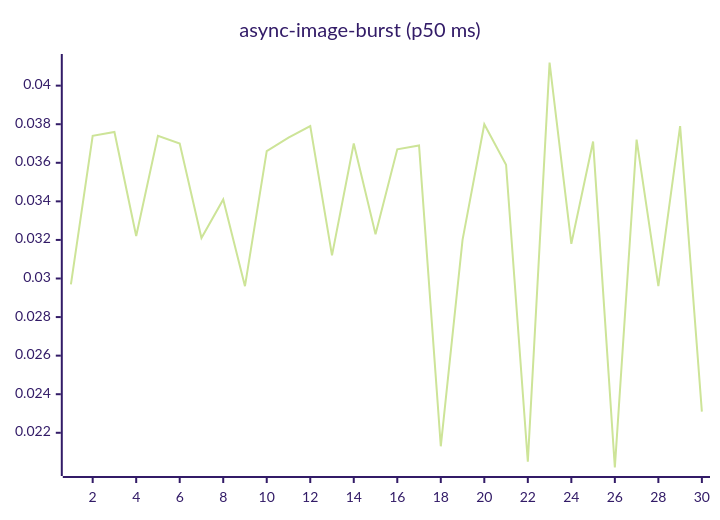
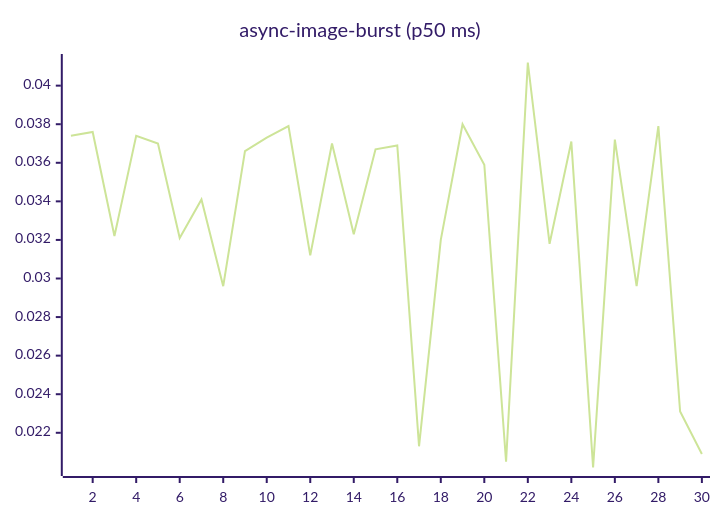
One commit to josha/Facet changed the fourth of 27 diagrams in README.md. Above: the diagram before and after it, drawn with Mermaid (forest theme). The commit also changed other lines of this file and 2 other files, not shown here.

````diff
--- a/README.md
+++ b/README.md
@@ -84,6 +84,6 @@
 ```mermaid
 xychart-beta
     title "async-image-burst (p50 ms)"
     x-axis 1 --> 30
-    line [0.0297, 0.0374, 0.0376, 0.0322, 0.0374, 0.0370, 0.0321, 0.0341, 0.0296, 0.0366, 0.0373, 0.0379, 0.0312, 0.0370, 0.0323, 0.0367, 0.0369, 0.0213, 0.0320, 0.0380, 0.0359, 0.0205, 0.0412, 0.0318, 0.0371, 0.0202, 0.0372, 0.0296, 0.0379, 0.0231]
+    line [0.0374, 0.0376, 0.0322, 0.0374, 0.0370, 0.0321, 0.0341, 0.0296, 0.0366, 0.0373, 0.0379, 0.0312, 0.0370, 0.0323, 0.0367, 0.0369, 0.0213, 0.0320, 0.0380, 0.0359, 0.0205, 0.0412, 0.0318, 0.0371, 0.0202, 0.0372, 0.0296, 0.0379, 0.0231, 0.0209]
 ```
````
